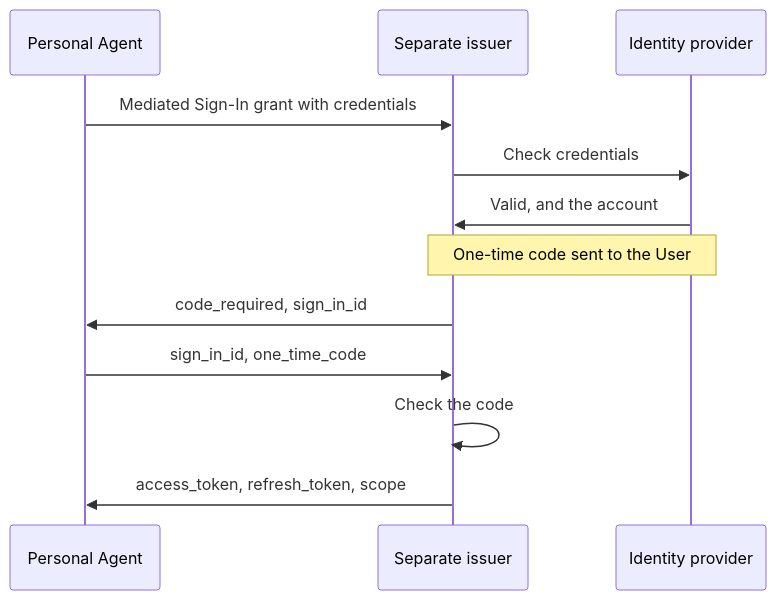
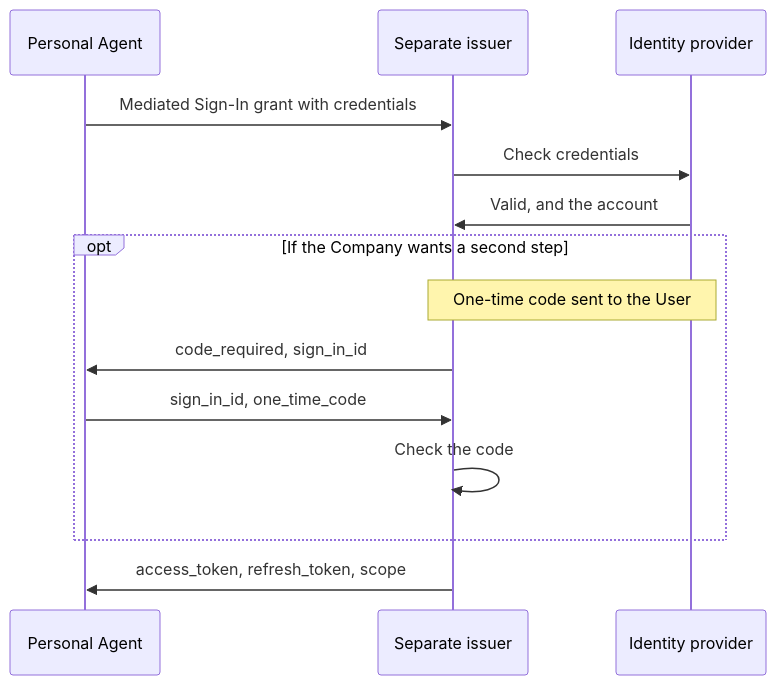
Before and after one commit to gaokevin1/personal-agent-protocol: the sixth of 7 diagrams in kit/company/patterns/identity-provider.md, drawn with Mermaid. The commit also changed 1 other file, not shown here.

Commit message:
Show the Mediated Sign-In one-time code as optional

````diff
--- a/kit/company/patterns/identity-provider.md
+++ b/kit/company/patterns/identity-provider.md
@@ -162,14 +162,16 @@
 ```mermaid
 sequenceDiagram
   participant PA as Personal Agent
   participant AS as Separate issuer
   participant IdP as Identity provider
   PA->>AS: Mediated Sign-In grant with credentials
   AS->>IdP: Check credentials
   IdP->>AS: Valid, and the account
-  Note over AS,IdP: One-time code sent to the User
-  AS->>PA: code_required, sign_in_id
-  PA->>AS: sign_in_id, one_time_code
-  AS->>AS: Check the code
+  opt If the Company wants a second step
+    Note over AS,IdP: One-time code sent to the User
+    AS->>PA: code_required, sign_in_id
+    PA->>AS: sign_in_id, one_time_code
+    AS->>AS: Check the code
+  end
   AS->>PA: access_token, refresh_token, scope
 ```
````
